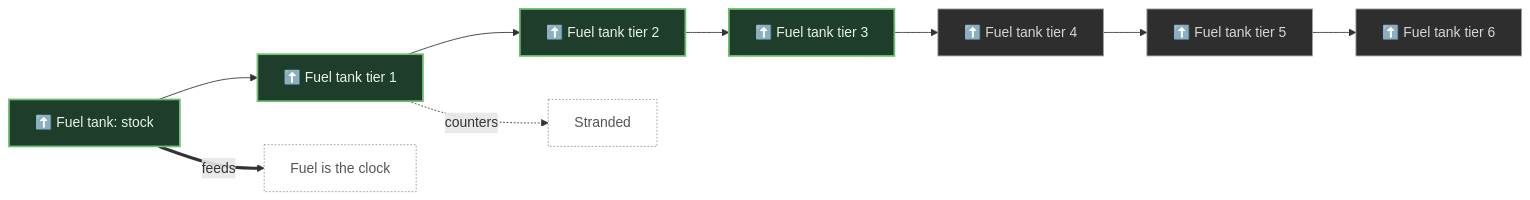
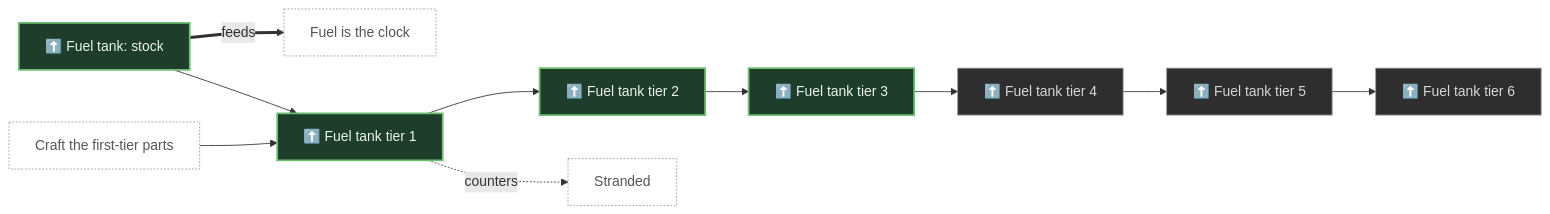
The seventh of 30 diagrams in docs/FEATURE-MAP.md (pkeppeler/deepcharter), drawn with Mermaid before and after one commit. The commit also changed other lines of this file and 51 other files, not shown here.

Commit message:
Craft tier 1 of a Mole's six stock tracks as units fitted by use (#536)

````diff
--- a/docs/FEATURE-MAP.md
+++ b/docs/FEATURE-MAP.md
@@ -458,28 +470,30 @@
 ```mermaid
 flowchart LR
   n_fuel_tank_stock["⬆️ Fuel tank: stock"]
   n_fuel_tank_t1["⬆️ Fuel tank tier 1"]
   n_fuel_tank_t2["⬆️ Fuel tank tier 2"]
   n_fuel_tank_t3["⬆️ Fuel tank tier 3"]
   n_fuel_tank_t4["⬆️ Fuel tank tier 4"]
   n_fuel_tank_t5["⬆️ Fuel tank tier 5"]
   n_fuel_tank_t6["⬆️ Fuel tank tier 6"]
   n_fuel_clock["Fuel is the clock"]
+  n_parts_from_crafting["Craft the first-tier parts"]
   n_stranded["Stranded"]
   n_fuel_tank_stock == feeds ==> n_fuel_clock
   n_fuel_tank_stock --> n_fuel_tank_t1
   n_fuel_tank_t1 --> n_fuel_tank_t2
   n_fuel_tank_t1 -. counters .-> n_stranded
   n_fuel_tank_t2 --> n_fuel_tank_t3
   n_fuel_tank_t3 --> n_fuel_tank_t4
   n_fuel_tank_t4 --> n_fuel_tank_t5
   n_fuel_tank_t5 --> n_fuel_tank_t6
+  n_parts_from_crafting --> n_fuel_tank_t1
   classDef built fill:#1f3d2b,stroke:#6fbf73,stroke-width:2px,color:#e8f5e9
   classDef progress fill:#4a3a10,stroke:#f0b429,stroke-width:2px,color:#fff3d6
   classDef planned fill:#2e2e2e,stroke:#9e9e9e,stroke-width:1px,color:#d6d6d6
   classDef idea fill:#1a1a1a,stroke:#757575,stroke-width:1px,stroke-dasharray:4 3,color:#a0a0a0
   classDef ext fill:#ffffff,stroke:#999999,stroke-width:1px,stroke-dasharray:2 2,color:#555555
   class n_fuel_tank_stock,n_fuel_tank_t1,n_fuel_tank_t2,n_fuel_tank_t3 built
   class n_fuel_tank_t4,n_fuel_tank_t5,n_fuel_tank_t6 planned
-  class n_fuel_clock,n_stranded ext
+  class n_fuel_clock,n_parts_from_crafting,n_stranded ext
 ```
````
